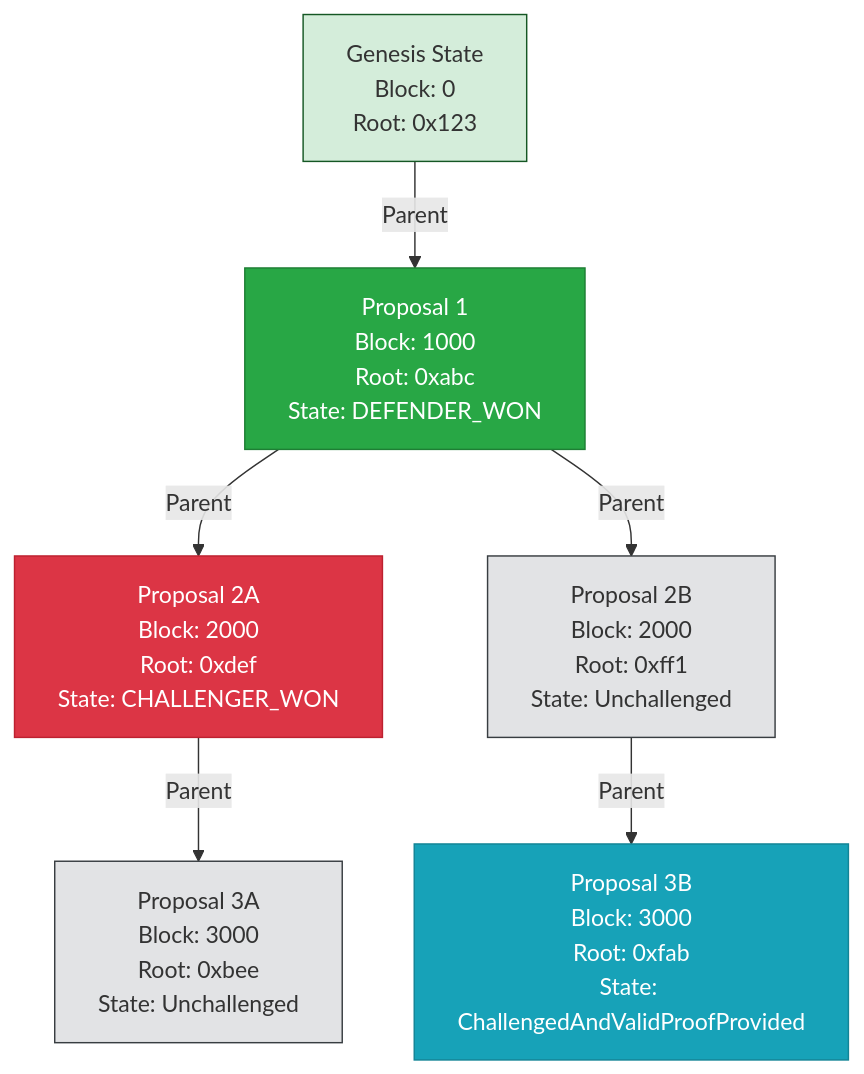
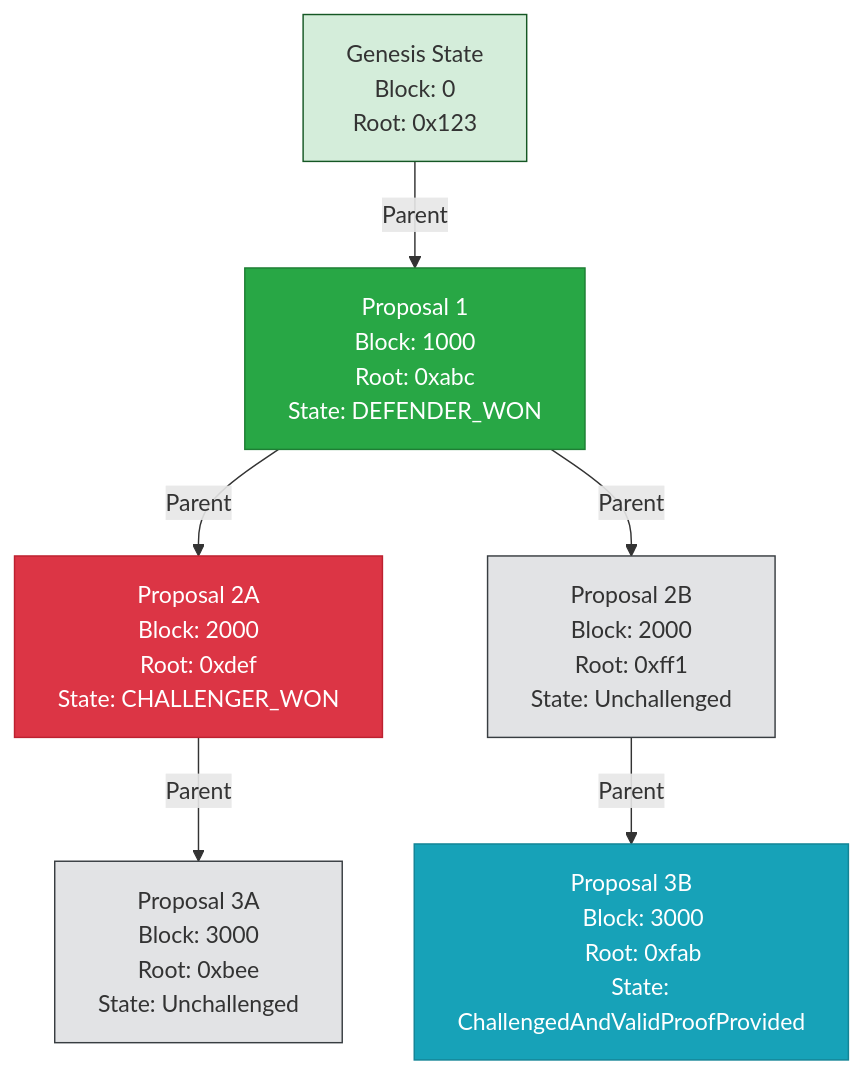
The diagram in book/fault_proofs/fault_proof_architecture.md (succinctlabs/op-succinct), drawn with Mermaid before and after one commit.

Commit message:
docs: fix mermaid diagram

````diff
--- a/book/fault_proofs/fault_proof_architecture.md
+++ b/book/fault_proofs/fault_proof_architecture.md
@@ -32,20 +32,37 @@
 ```mermaid
 graph TB
-    A[Genesis State\nBlock: 0\nRoot: 0x123] --> |Parent| B[Proposal 1\nBlock: 1000\nRoot: 0xabc\nState: DEFENDER_WON]
-    B --> |Parent| C[Proposal 2A\nBlock: 2000\nRoot: 0xdef\nState: CHALLENGER_WON]
-    B --> |Parent| D[Proposal 2B\nBlock: 2000\nRoot: 0xff1\nState: Unchallenged]
-    C --> |Parent| E[Proposal 3A\nBlock: 3000\nRoot: 0xbee\nState: Unchallenged]
-    D --> |Parent| F[Proposal 3B\nBlock: 3000\nRoot: 0xfab\nState: ChallengedAndValidProofProvided]
+    A[Genesis State
+    Block: 0
+    Root: 0x123] --> |Parent| B[Proposal 1
+    Block: 1000
+    Root: 0xabc
+    State: DEFENDER_WON]
+    B --> |Parent| C[Proposal 2A
+    Block: 2000
+    Root: 0xdef
+    State: CHALLENGER_WON]
+    B --> |Parent| D[Proposal 2B
+    Block: 2000
+    Root: 0xff1
+    State: Unchallenged]
+    C --> |Parent| E[Proposal 3A
+    Block: 3000
+    Root: 0xbee
+    State: Unchallenged]
+    D --> |Parent| F[Proposal 3B
+    Block: 3000
+    Root: 0xfab
+    State: ChallengedAndValidProofProvided]
 
     classDef genesis fill:#d4edda,stroke:#155724
     classDef defender_won fill:#28a745,stroke:#1e7e34,color:#fff
     classDef challenger_won fill:#dc3545,stroke:#bd2130,color:#fff
     classDef unchallenged fill:#e2e3e5,stroke:#383d41
     classDef proven fill:#17a2b8,stroke:#138496,color:#fff
 
     class A genesis
     class B defender_won
     class C challenger_won
     class D,E unchallenged
     class F proven
 ```
````
